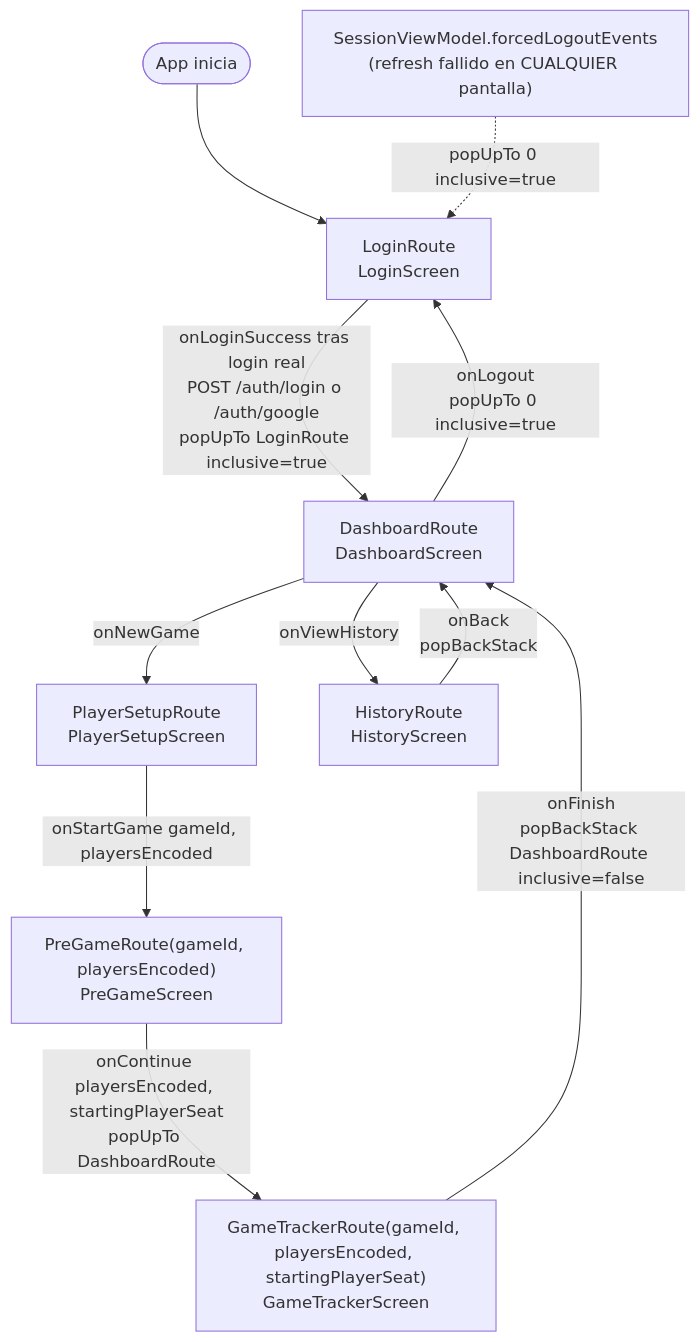
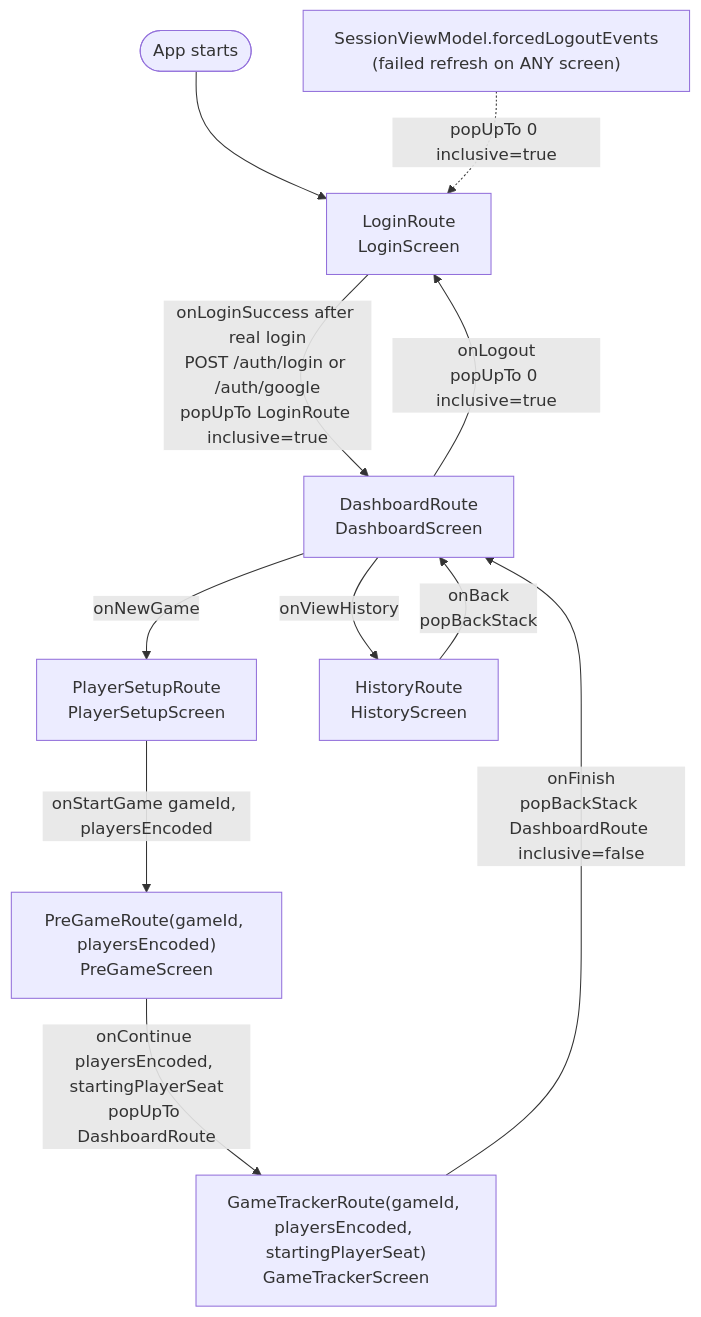
The diagram in docs/diagrams/android-navigation-flow.md (mllagostera/commander-companion), drawn with Mermaid before and after one commit. The commit also changed other lines of this file and 201 other files, not shown here.

````diff
--- a/docs/diagrams/android-navigation-flow.md
+++ b/docs/diagrams/android-navigation-flow.md
@@ -10,20 +10,20 @@
 ```mermaid
 flowchart TD
-    Start([App inicia]) --> Login[LoginRoute\nLoginScreen]
+    Start([App starts]) --> Login[LoginRoute\nLoginScreen]
 
-    Login -->|onLoginSuccess tras login real\nPOST /auth/login o /auth/google\npopUpTo LoginRoute inclusive=true| Dashboard[DashboardRoute\nDashboardScreen]
+    Login -->|onLoginSuccess after real login\nPOST /auth/login or /auth/google\npopUpTo LoginRoute inclusive=true| Dashboard[DashboardRoute\nDashboardScreen]
 
     Dashboard -->|onNewGame| Setup[PlayerSetupRoute\nPlayerSetupScreen]
     Dashboard -->|onViewHistory| History[HistoryRoute\nHistoryScreen]
     Dashboard -->|onLogout\npopUpTo 0 inclusive=true| Login
 
     Setup -->|onStartGame gameId, playersEncoded| PreGame["PreGameRoute(gameId, playersEncoded)\nPreGameScreen"]
 
     PreGame -->|onContinue playersEncoded, startingPlayerSeat\npopUpTo DashboardRoute| Tracker["GameTrackerRoute(gameId, playersEncoded, startingPlayerSeat)\nGameTrackerScreen"]
 
     Tracker -->|onFinish\npopBackStack DashboardRoute inclusive=false| Dashboard
 
     History -->|onBack\npopBackStack| Dashboard
 
-    SessionViewModel["SessionViewModel.forcedLogoutEvents\n(refresh fallido en CUALQUIER pantalla)"] -.->|popUpTo 0 inclusive=true| Login
+    SessionViewModel["SessionViewModel.forcedLogoutEvents\n(failed refresh on ANY screen)"] -.->|popUpTo 0 inclusive=true| Login
 ```
````
